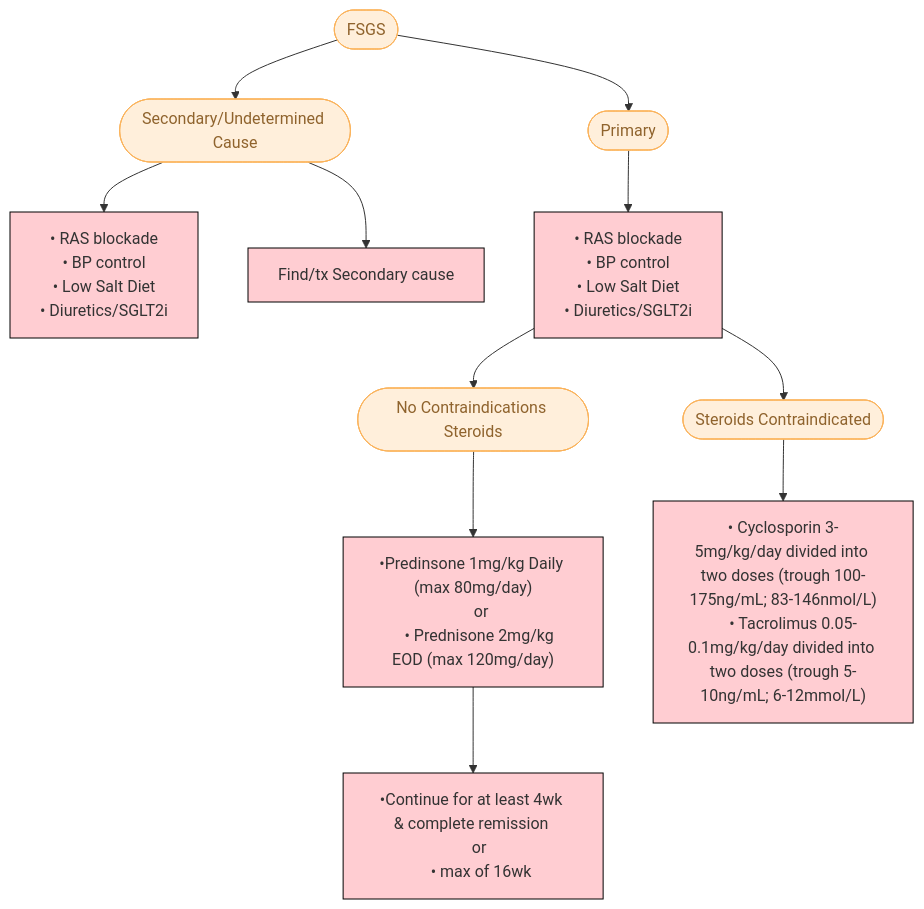
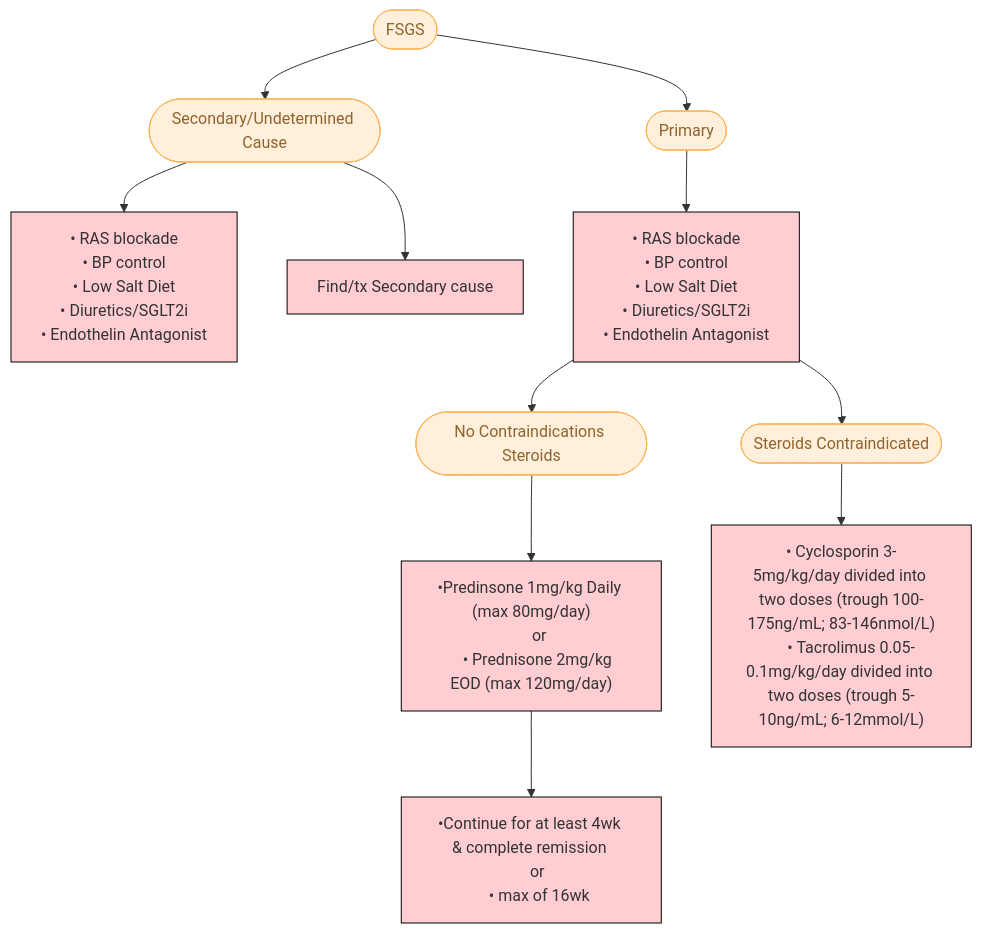
The second of 3 diagrams in docs/FSGS.md (TTUNEPH2025/GN), drawn with Mermaid before and after one commit.

````diff
--- a/docs/FSGS.md
+++ b/docs/FSGS.md
@@ -107,34 +107,36 @@
 ```mermaid
 flowchart TD
     A(["FSGS"]) --> B(["Primary"]) & n1(["Secondary/Undetermined Cause"])
     n1 --> n2["• RAS blockade
      • BP control
      • Low Salt Diet
-     • Diuretics/SGLT2i"] & n3["Find/tx Secondary cause"]
+     • Diuretics/SGLT2i"
+     • Endothelin Antagonist] & n3["Find/tx Secondary cause"]
     B --> n26["• RAS blockade
      • BP control
      • Low Salt Diet
-     • Diuretics/SGLT2i"]
+     • Diuretics/SGLT2i
+     • Endothelin Antagonist"]
     n4["•Predinsone 1mg/kg Daily (max 80mg/day)
     or
     • Prednisone 2mg/kg EOD (max 120mg/day)"] --> n5["•Continue for at least 4wk & complete remission 
     or 
     • max of 16wk"]
     n24(["Steroids Contraindicated"]) --> n25["• Cyclosporin 3-5mg/kg/day divided into two doses (trough 100-175ng/mL; 83-146nmol/L)
      • Tacrolimus 0.05-0.1mg/kg/day divided into two doses (trough 5-10ng/mL; 6-12mmol/L)"]
     n26 --> n24 & n27(["No Contraindications Steroids"])
     n27 --> n4
      A:::Peach
      B:::Peach
      n1:::Peach
      n24:::Peach
      n27:::Peach
     classDef Peach stroke-width:1px, stroke-dasharray:none, stroke:#FBB35A, fill:#FFEFDB, color:#8F632D
     classDef Class_01 fill:#FFCDD2
     style n2 fill:#FFCDD2,stroke:#000000
     style n3 fill:#FFCDD2,stroke:#000000
     style n26 fill:#FFCDD2,stroke:#000000
     style n4 fill:#FFCDD2,stroke:#000000
     style n5 stroke:#000000,fill:#FFCDD2
     style n25 fill:#FFCDD2,stroke:#000000
 ```
````
